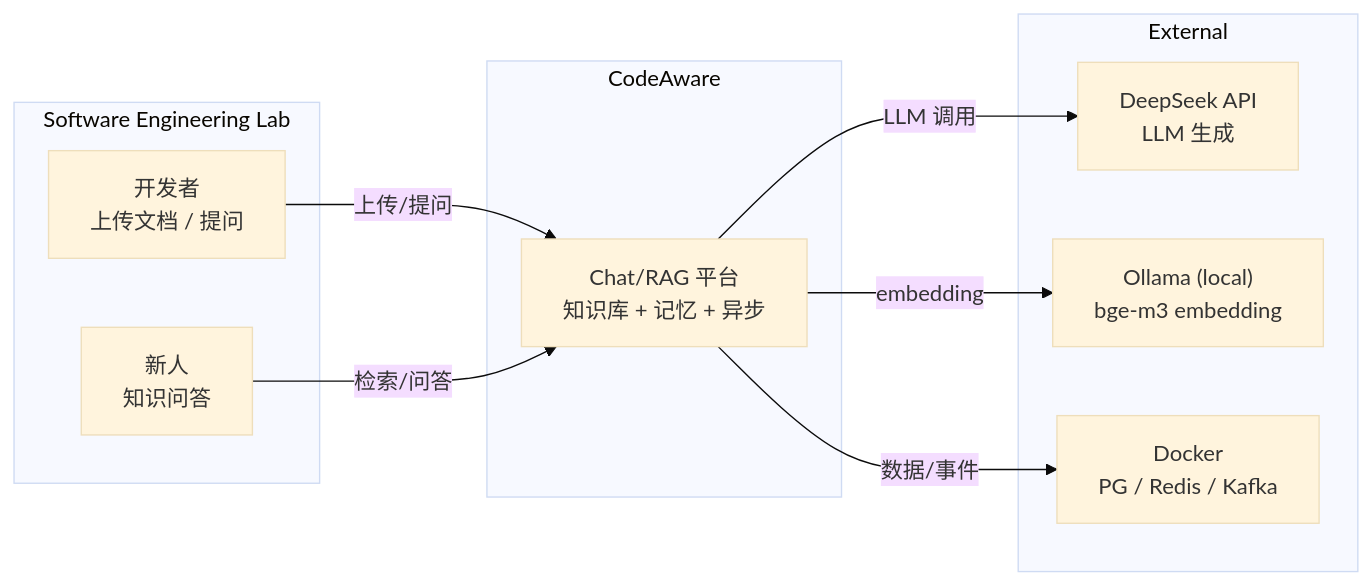
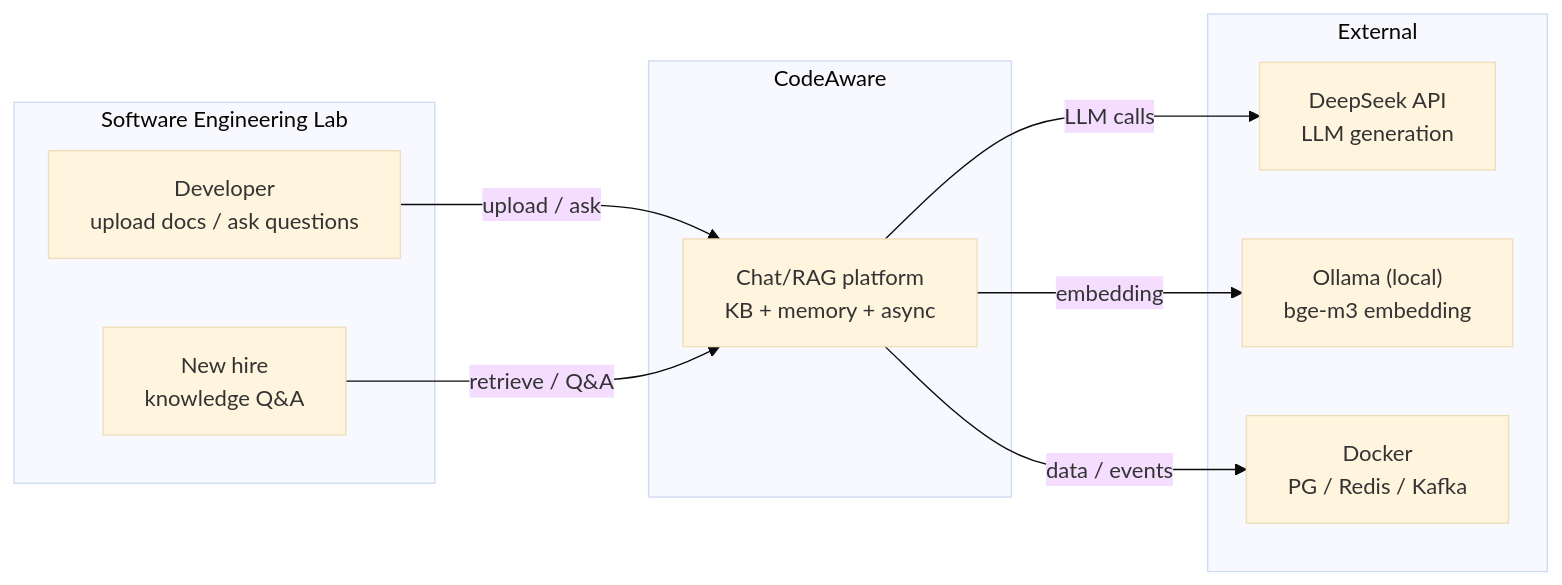
The fourth of 4 diagrams in README.md (KevinDeng-0411/AI-CodeReviewCenter), drawn with Mermaid (base theme) before and after one commit. The commit also changed other lines of this file and 1 other file, not shown here.

First line of the commit message:
docs: 英文 README 正文/图全英文 + PDF 表格边界；fix(stop.sh): 前端进程匹配

````diff
--- a/README.md
+++ b/README.md
@@ -222,23 +222,23 @@
 ```mermaid
 flowchart LR
     subgraph Team["Software Engineering Lab"]
-        Dev["开发者<br/>上传文档 / 提问"]
-        Newbie["新人<br/>知识问答"]
+        Dev["Developer<br/>upload docs / ask questions"]
+        Newbie["New hire<br/>knowledge Q&A"]
     end
 
     subgraph System["CodeAware"]
-        App["Chat/RAG 平台<br/>知识库 + 记忆 + 异步"]
+        App["Chat/RAG platform<br/>KB + memory + async"]
     end
 
     subgraph External["External"]
-        DS["DeepSeek API<br/>LLM 生成"]
+        DS["DeepSeek API<br/>LLM generation"]
         Ollama["Ollama (local)<br/>bge-m3 embedding"]
         Docker["Docker<br/>PG / Redis / Kafka"]
     end
 
-    Dev -->|"上传/提问"| App
-    Newbie -->|"检索/问答"| App
-    App -->|"LLM 调用"| DS
+    Dev -->|"upload / ask"| App
+    Newbie -->|"retrieve / Q&A"| App
+    App -->|"LLM calls"| DS
     App -->|"embedding"| Ollama
-    App -->|"数据/事件"| Docker
+    App -->|"data / events"| Docker
 ```
````
